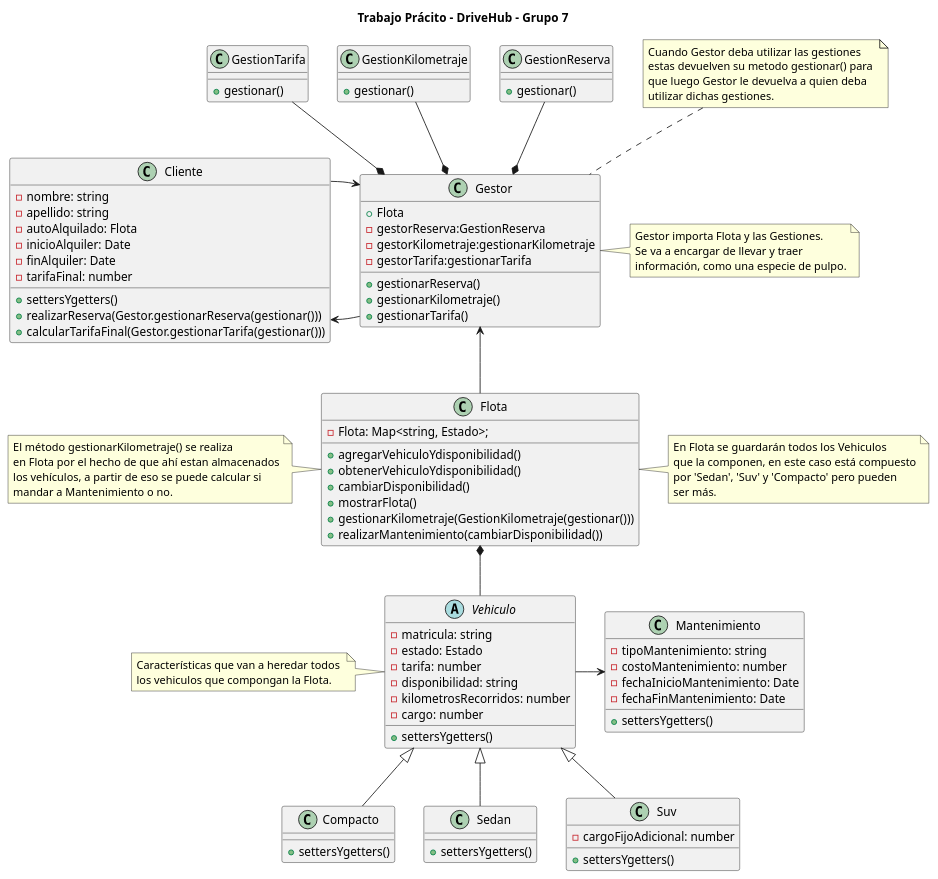
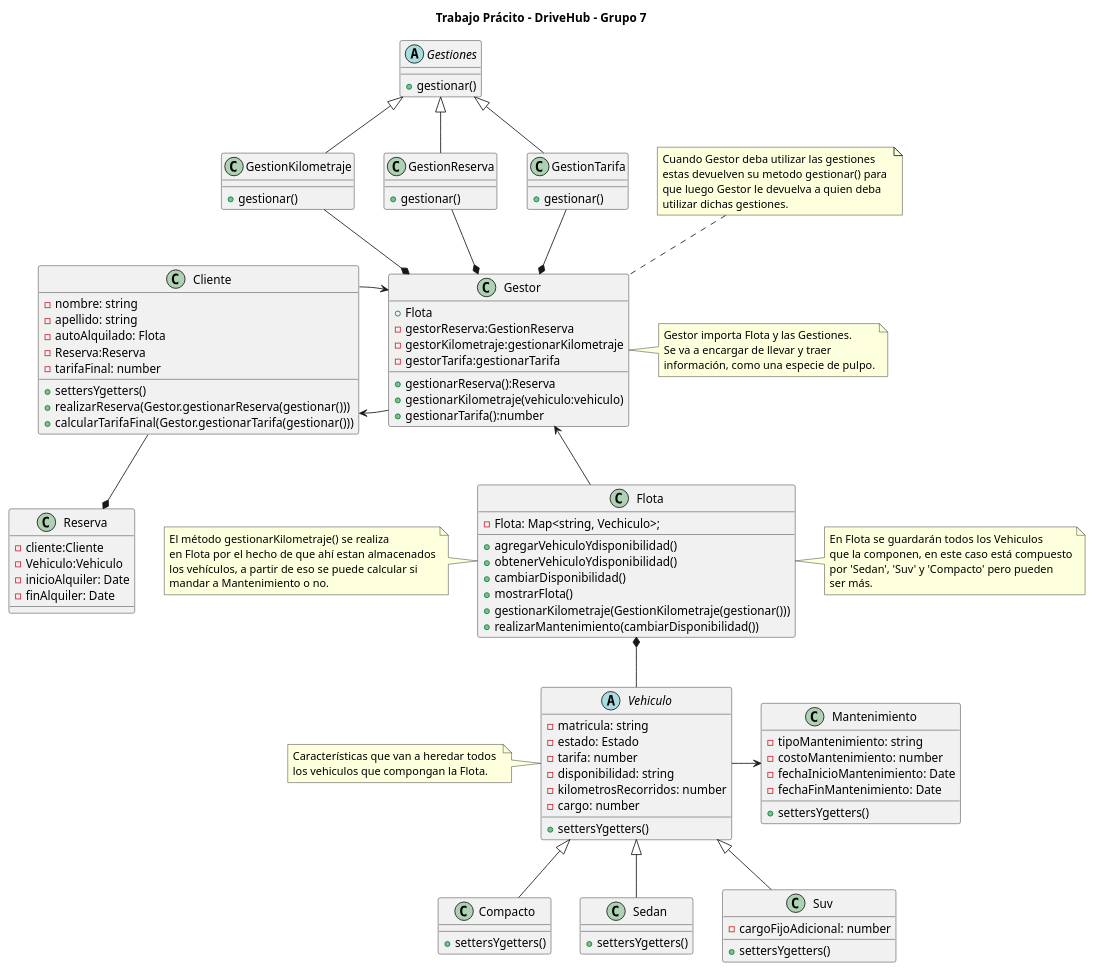
Before and after one commit to antonellaBelenVidela/Programacion2Grupo7: the diagram in diagramaUML/diagramaFlotaVehiculos.puml, drawn with PlantUML.

Commit message:
actualize el uml

```diff
--- a/diagramaUML/diagramaFlotaVehiculos.puml
+++ b/diagramaUML/diagramaFlotaVehiculos.puml
@@ -1,155 +1,169 @@
 @startuml DriveHub
 
 title "Trabajo Prácito - DriveHub - Grupo 7"
 
 'Clases'
 
+abstract class Gestiones{
+  +gestionar()
+
+}
+
 class Cliente{
     - nombre: string
     - apellido: string
     - autoAlquilado: Flota
-    - inicioAlquiler: Date
-    - finAlquiler: Date
+    - Reserva:Reserva
     - tarifaFinal: number
     + settersYgetters()
     + realizarReserva(Gestor.gestionarReserva(gestionar()))
     + calcularTarifaFinal(Gestor.gestionarTarifa(gestionar()))
 }
 
+class Reserva{
+    -cliente:Cliente
+    -Vehiculo:Vehiculo
+    - inicioAlquiler: Date
+    - finAlquiler: Date
+}
+
+
 class Gestor{
     + Flota
     -gestorReserva:GestionReserva
     -gestorKilometraje:gestionarKilometraje
     -gestorTarifa:gestionarTarifa
-    + gestionarReserva()
-    + gestionarKilometraje()
-    + gestionarTarifa()
+    + gestionarReserva():Reserva
+    + gestionarKilometraje(vehiculo:vehiculo)
+    + gestionarTarifa():number
 }
 
 class Flota{
     'La key es la categoría(Suv, Sedan, Compacto)
     'El valor es su disponibilidad(Está disponible o no para el Cliente)'
-    - Flota: Map<string, Estado>;
+    - Flota: Map<string, Vechiculo>;
     + agregarVehiculoYdisponibilidad()
     + obtenerVehiculoYdisponibilidad()
     + cambiarDisponibilidad()
     + mostrarFlota()
     + gestionarKilometraje(GestionKilometraje(gestionar()))
     + realizarMantenimiento(cambiarDisponibilidad())
 }
 
 abstract class Vehiculo{
     - matricula: string
     - estado: Estado
     - tarifa: number
     - disponibilidad: string
     - kilometrosRecorridos: number
     - cargo: number
  
     + settersYgetters()
 }
 
 class Compacto{
     + settersYgetters()
 }
 
 class Sedan{
     + settersYgetters()
 }
 
 class Suv{
     - cargoFijoAdicional: number
     + settersYgetters()
 }
 
 class Mantenimiento{
     - tipoMantenimiento: string
     - costoMantenimiento: number
     - fechaInicioMantenimiento: Date
     - fechaFinMantenimiento: Date
 
     + settersYgetters()
 }
 
-class GestionReserva{
+class GestionReserva extends Gestiones{
     + gestionar()
 }
 
- class GestionKilometraje{
+ class GestionKilometraje extends Gestiones{
     + gestionar()
 }
 
- class GestionTarifa{
+ class GestionTarifa extends Gestiones{
     + gestionar()
 }
 
 'Interfaces'
 
 
 
 'Preguntas:
 
 'Flota Pulpo derivador de Tareas' NO
 'Interfaz Gestor de tarifas' Quizas
 'Biblioteca Moment JS para calculos de fecha' Con Date se puede
 
 
 'Relaciones Flota'
 Flota *-d- Vehiculo
 
 'Relaciones Herencia'
 Sedan -u-|> Vehiculo
 Suv -u-|> Vehiculo
 Compacto -u-|> Vehiculo
 
 'Relacion de Implementacion
 
 'Relaciones con Gestor'
 Gestor --l-> Cliente
 Cliente --r-> Gestor
 
 Gestor *-u- GestionReserva
 
 Gestor *-u- GestionKilometraje
 
 Gestor *-u-GestionTarifa
+
+Reserva *-u-Cliente
 
 Flota -u-> Gestor
 
 'Relaciones de Dependencia'
 Vehiculo -r-> Mantenimiento
 
 'Notas'
 note right of Gestor 
     Gestor importa Flota y las Gestiones. 
     Se va a encargar de llevar y traer 
     información, como una especie de pulpo.
 end note
 
 note top of Gestor
     Cuando Gestor deba utilizar las gestiones
     estas devuelven su metodo gestionar() para 
     que luego Gestor le devuelva a quien deba
     utilizar dichas gestiones.
 end note
 
 note right of Flota
     En Flota se guardarán todos los Vehiculos
     que la componen, en este caso está compuesto
     por 'Sedan', 'Suv' y 'Compacto' pero pueden
     ser más.
 end note
 
 note left of Vehiculo
     Características que van a heredar todos 
     los vehiculos que compongan la Flota.
 end note
 
 note left of Flota
     El método gestionarKilometraje() se realiza
     en Flota por el hecho de que ahí estan almacenados
     los vehículos, a partir de eso se puede calcular si
     mandar a Mantenimiento o no.
 end note
 
 @enduml
```
